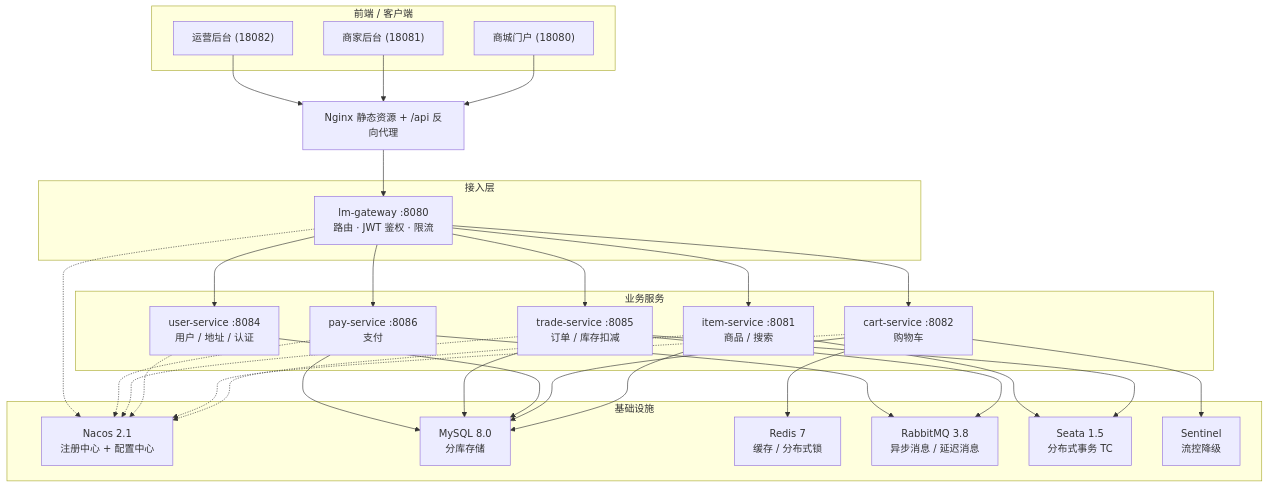
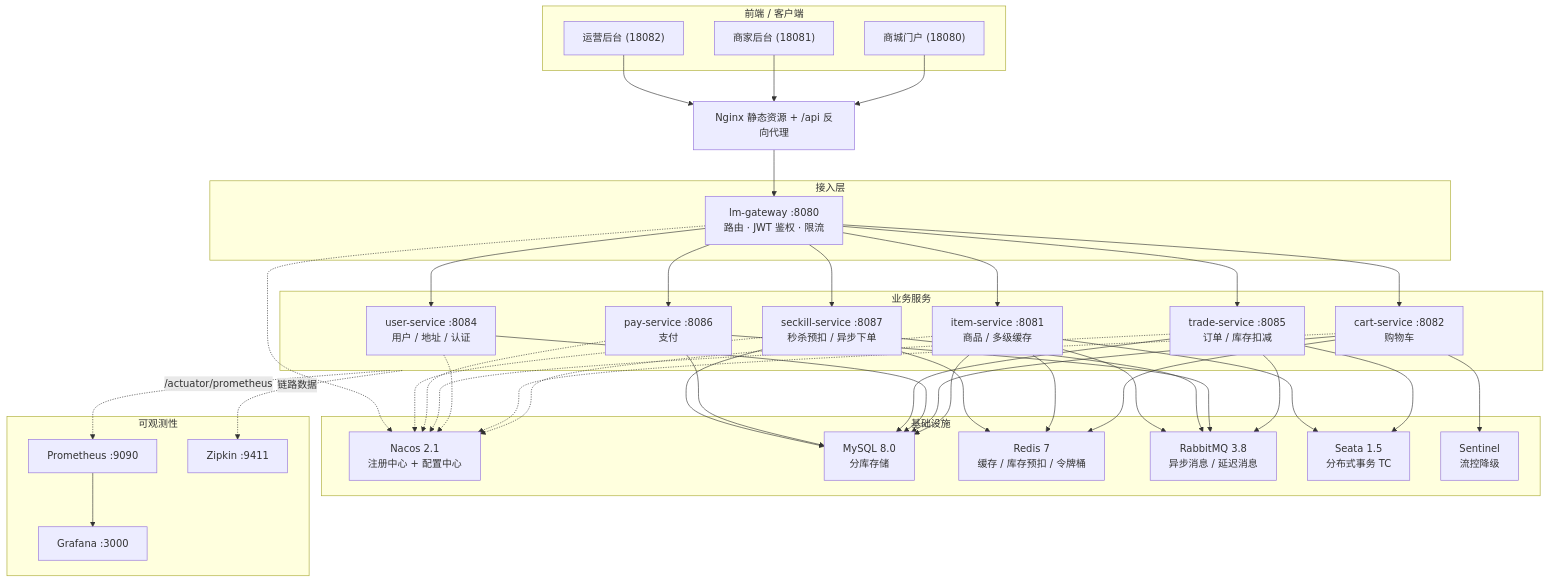
The diagram in README.md (xuandezhu86-cpu/limemall), drawn with Mermaid before and after one commit. The commit also changed other lines of this file and 3 other files, not shown here.

````diff
--- a/README.md
+++ b/README.md
@@ -11,61 +29,79 @@
 ```mermaid
 graph TB
     subgraph Client["前端 / 客户端"]
         P["商城门户 (18080)"]
         A["商家后台 (18081)"]
         O["运营后台 (18082)"]
     end
 
     NG["Nginx 静态资源 + /api 反向代理"]
 
     subgraph Gateway["接入层"]
         GW["lm-gateway :8080<br/>路由 · JWT 鉴权 · 限流"]
     end
 
     subgraph Services["业务服务"]
-        ITEM["item-service :8081<br/>商品 / 搜索"]
+        ITEM["item-service :8081<br/>商品 / 多级缓存"]
         CART["cart-service :8082<br/>购物车"]
         USER["user-service :8084<br/>用户 / 地址 / 认证"]
         TRADE["trade-service :8085<br/>订单 / 库存扣减"]
         PAY["pay-service :8086<br/>支付"]
+        SECKILL["seckill-service :8087<br/>秒杀预扣 / 异步下单"]
     end
 
     subgraph Infra["基础设施"]
         NACOS["Nacos 2.1<br/>注册中心 + 配置中心"]
         MYSQL["MySQL 8.0<br/>分库存储"]
-        REDIS["Redis 7<br/>缓存 / 分布式锁"]
+        REDIS["Redis 7<br/>缓存 / 库存预扣 / 令牌桶"]
         MQ["RabbitMQ 3.8<br/>异步消息 / 延迟消息"]
         SEATA["Seata 1.5<br/>分布式事务 TC"]
         SENTINEL["Sentinel<br/>流控降级"]
+    end
+
+    subgraph Obs["可观测性"]
+        PROM["Prometheus :9090"]
+        GRAF["Grafana :3000"]
+        ZIPKIN["Zipkin :9411"]
     end
 
     P --> NG
     A --> NG
     O --> NG
     NG --> GW
     GW --> ITEM
     GW --> CART
     GW --> USER
     GW --> TRADE
     GW --> PAY
+    GW --> SECKILL
 
     ITEM -.-> NACOS
     CART -.-> NACOS
     USER -.-> NACOS
     TRADE -.-> NACOS
     PAY -.-> NACOS
+    SECKILL -.-> NACOS
     GW -.-> NACOS
 
     ITEM --> MYSQL
     CART --> MYSQL
     USER --> MYSQL
     TRADE --> MYSQL
     PAY --> MYSQL
+    SECKILL --> MYSQL
 
     CART --> REDIS
+    ITEM --> REDIS
+    SECKILL --> REDIS
     TRADE --> MQ
     PAY --> MQ
+    SECKILL --> MQ
+    ITEM --> MQ
     TRADE --> SEATA
     ITEM --> SEATA
     CART --> SENTINEL
+
+    Services -.->|/actuator/prometheus| PROM
+    PROM --> GRAF
+    Services -.->|链路数据| ZIPKIN
 ```
````
